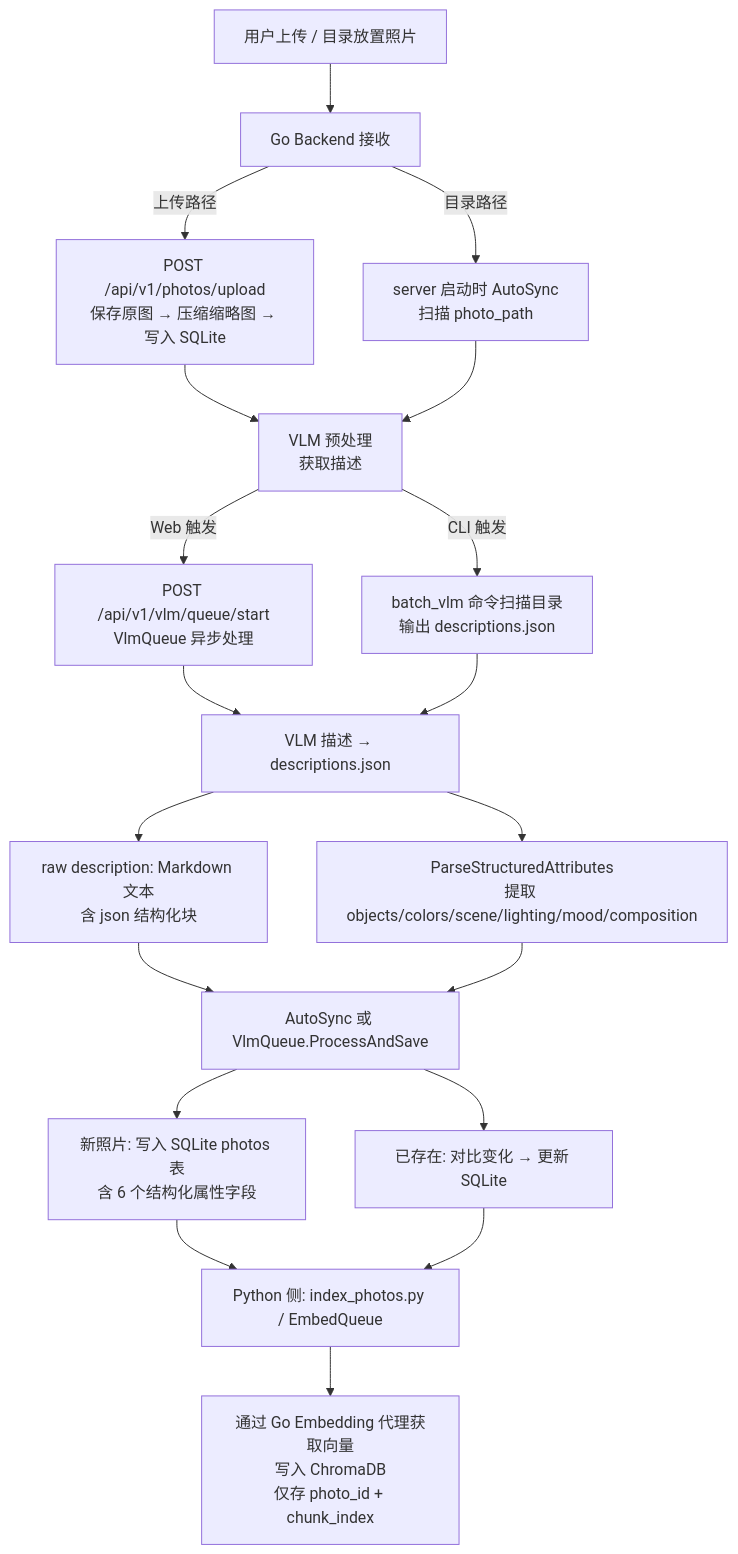
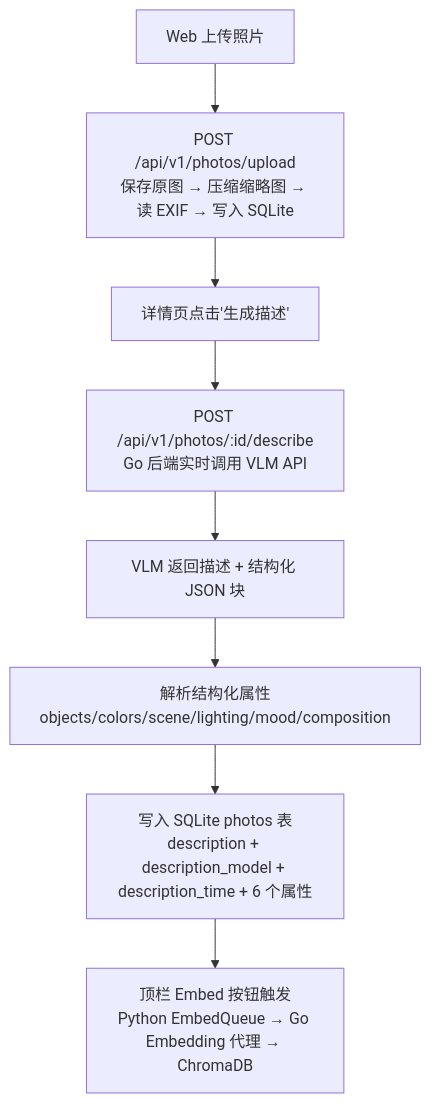
Before and after one commit to pancake-lee/photo-agent: the second of 5 diagrams in docs/tech.md, drawn with Mermaid. The commit also changed other lines of this file and 28 other files, not shown here.

Commit message:
feat: 生成-Upload/VLM/Embed 闭环

````diff
--- a/docs/tech.md
+++ b/docs/tech.md
@@ -52,21 +51,10 @@
 ```mermaid
 flowchart TD
-    A[用户上传 / 目录放置照片] --> B[Go Backend 接收]
-    B -->|上传路径| C["POST /api/v1/photos/upload<br>保存原图 → 压缩缩略图 → 写入 SQLite"]
-    B -->|目录路径| D["server 启动时 AutoSync<br>扫描 photo_path"]
-    C --> E[VLM 预处理<br>获取描述]
-    D --> E
-    E -->|Web 触发| F["POST /api/v1/vlm/queue/start<br>VlmQueue 异步处理"]
-    E -->|CLI 触发| G["batch_vlm 命令扫描目录<br>输出 descriptions.json"]
-    F --> H["VLM 描述 → descriptions.json"]
-    G --> H
-    H --> I["raw description: Markdown 文本<br>含 json 结构化块"]
-    H --> J["ParseStructuredAttributes<br>提取 objects/colors/scene/lighting/mood/composition"]
-    I --> K[AutoSync 或 VlmQueue.ProcessAndSave]
-    J --> K
-    K --> L["新照片: 写入 SQLite photos 表<br>含 6 个结构化属性字段"]
-    K --> M["已存在: 对比变化 → 更新 SQLite"]
-    L --> N["Python 侧: index_photos.py / EmbedQueue"]
-    M --> N
-    N --> O["通过 Go Embedding 代理获取向量<br>写入 ChromaDB<br>仅存 photo_id + chunk_index"]
+    A[Web 上传照片] --> B["POST /api/v1/photos/upload<br>保存原图 → 压缩缩略图 → 读 EXIF → 写入 SQLite"]
+    B --> C["详情页点击'生成描述'"]
+    C --> D["POST /api/v1/photos/:id/describe<br>Go 后端实时调用 VLM API"]
+    D --> E["VLM 返回描述 + 结构化 JSON 块"]
+    E --> F["解析结构化属性<br>objects/colors/scene/lighting/mood/composition"]
+    F --> G["写入 SQLite photos 表<br>description + description_model + description_time + 6 个属性"]
+    G --> H["顶栏 Embed 按钮触发<br>Python EmbedQueue → Go Embedding 代理 → ChromaDB"]
 ```
````
